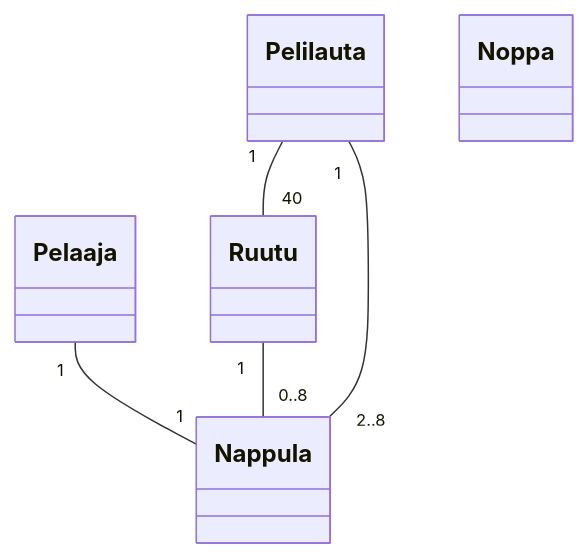
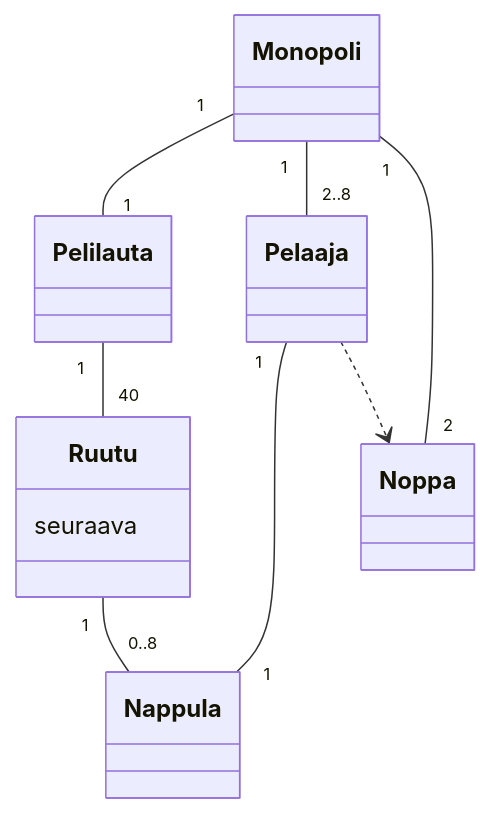
One commit to jmorrisv/ot-harjoitustyo changed the diagram in laskarit/viikko3/monopoli.md. Above: the diagram before and after it, drawn with Mermaid.

````diff
--- a/laskarit/viikko3/monopoli.md
+++ b/laskarit/viikko3/monopoli.md
@@ -1,8 +1,11 @@
 ```mermaid
  classDiagram
+      Monopoli "1" -- "1" Pelilauta
+      Monopoli "1" -- "2..8" Pelaaja
       Pelilauta "1" -- "40" Ruutu
+      Ruutu : seuraava
       Pelaaja "1" -- "1" Nappula
       Ruutu "1" -- "0..8" Nappula
-      Pelilauta "1" -- "2..8" Nappula
-      class Noppa
+      Monopoli "1" -- "2" Noppa
+      Pelaaja ..> Noppa
 ```
````
